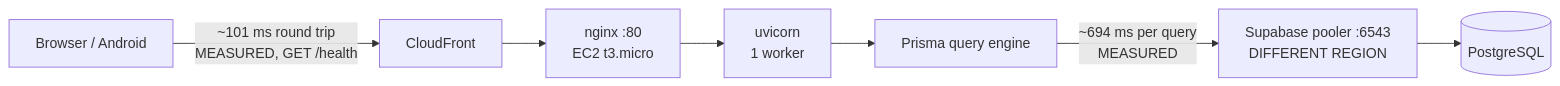
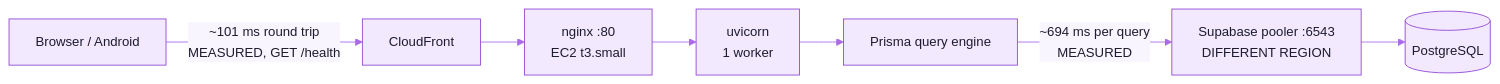
The first of 5 diagrams in docs/SCALABILITY.md (cxacraftecosystem-ui/documentation-portal), drawn with Mermaid before and after one commit. The commit also changed other lines of this file and 106 other files, not shown here.

First line of the commit message:
README showcase: the front page rebuilt on the README kit (copied from designer-portal) with Field Repository content, the readme-check workflow, every docs diagram themed, and the docs brought to 0.0.10

````diff
--- a/docs/SCALABILITY.md
+++ b/docs/SCALABILITY.md
@@ -48,14 +55,15 @@
 ```mermaid
+%%{init: {"theme":"base","themeVariables":{"fontFamily":"Inter, ui-sans-serif, system-ui, -apple-system, Segoe UI, Roboto, Helvetica, Arial, sans-serif","fontSize":"15px","primaryColor":"#F2E9FE","primaryTextColor":"#1E1B2E","primaryBorderColor":"#9148D2","secondaryColor":"#FAEECD","secondaryTextColor":"#1E1B2E","secondaryBorderColor":"#CD9200","tertiaryColor":"#F3F1FA","tertiaryTextColor":"#1E1B2E","tertiaryBorderColor":"#A7A3BC","mainBkg":"#F2E9FE","nodeBorder":"#9148D2","nodeTextColor":"#1E1B2E","lineColor":"#AA69E9","textColor":"#857F9E","edgeLabelBackground":"#F9F5FF","clusterBkg":"#F9F5FF","clusterBorder":"#D6B6FB","titleColor":"#762CB1","noteBkgColor":"#FAEECD","noteTextColor":"#1E1B2E","noteBorderColor":"#CD9200","actorBkg":"#F2E9FE","actorBorder":"#9148D2","actorTextColor":"#1E1B2E","actorLineColor":"#AA69E9","signalColor":"#AA69E9","signalTextColor":"#857F9E","labelBoxBkgColor":"#F2E9FE","labelBoxBorderColor":"#9148D2","labelTextColor":"#1E1B2E","loopTextColor":"#857F9E","activationBkgColor":"#E7D5FE","activationBorderColor":"#9148D2","sequenceNumberColor":"#FFFFFF","transitionColor":"#AA69E9","transitionLabelColor":"#857F9E","stateLabelColor":"#1E1B2E","stateBkg":"#F2E9FE","compositeBackground":"#F9F5FF","compositeTitleBackground":"#F2E9FE","attributeBackgroundColorOdd":"#FFFFFF","attributeBackgroundColorEven":"#F9F5FF","relationColor":"#AA69E9","relationLabelBackground":"#F9F5FF","relationLabelColor":"#1E1B2E"}}}%%
 flowchart LR
   browser["Browser / Android"]
   cf["CloudFront"]
-  nginx["nginx :80<br/>EC2 t3.micro"]
+  nginx["nginx :80<br/>EC2 t3.small"]
   uvicorn["uvicorn<br/>1 worker"]
   engine["Prisma query engine"]
   pooler["Supabase pooler :6543<br/>DIFFERENT REGION"]
   pg[("PostgreSQL")]
 
   browser -->|"~101 ms round trip<br/>MEASURED, GET /health"| cf
   cf --> nginx --> uvicorn --> engine
   engine -->|"~694 ms per query<br/>MEASURED"| pooler --> pg
 ```
````
